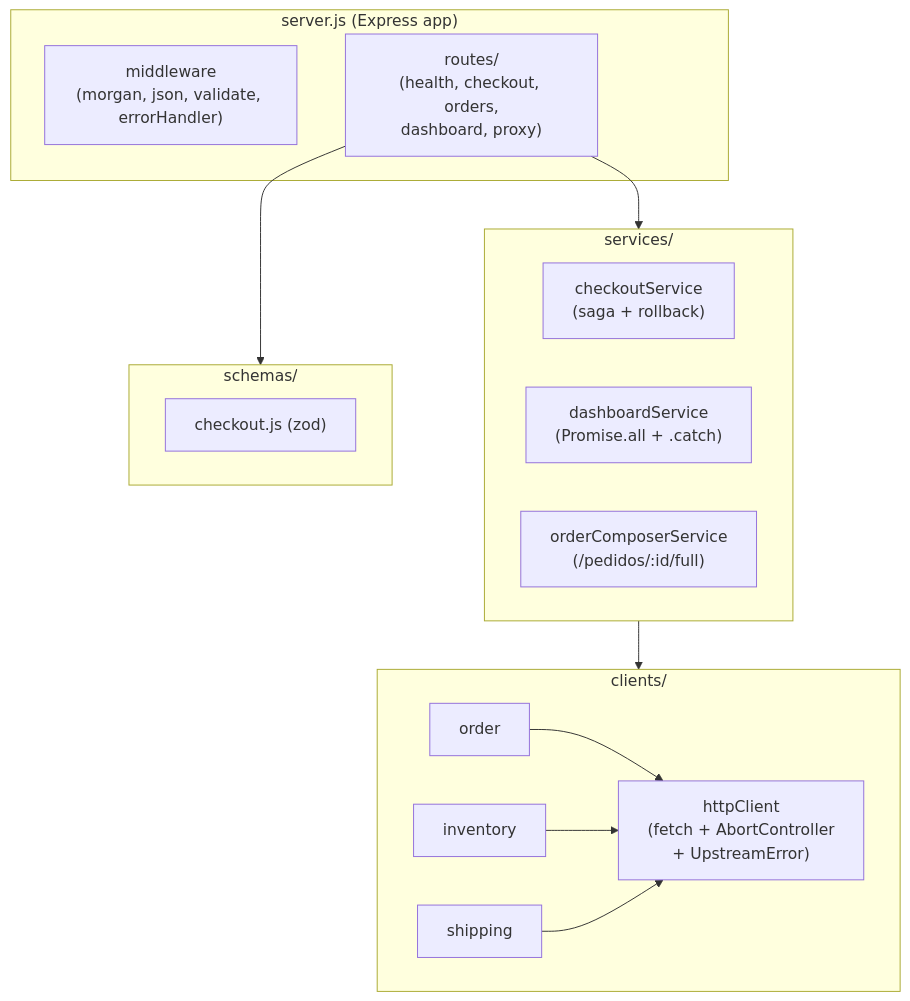
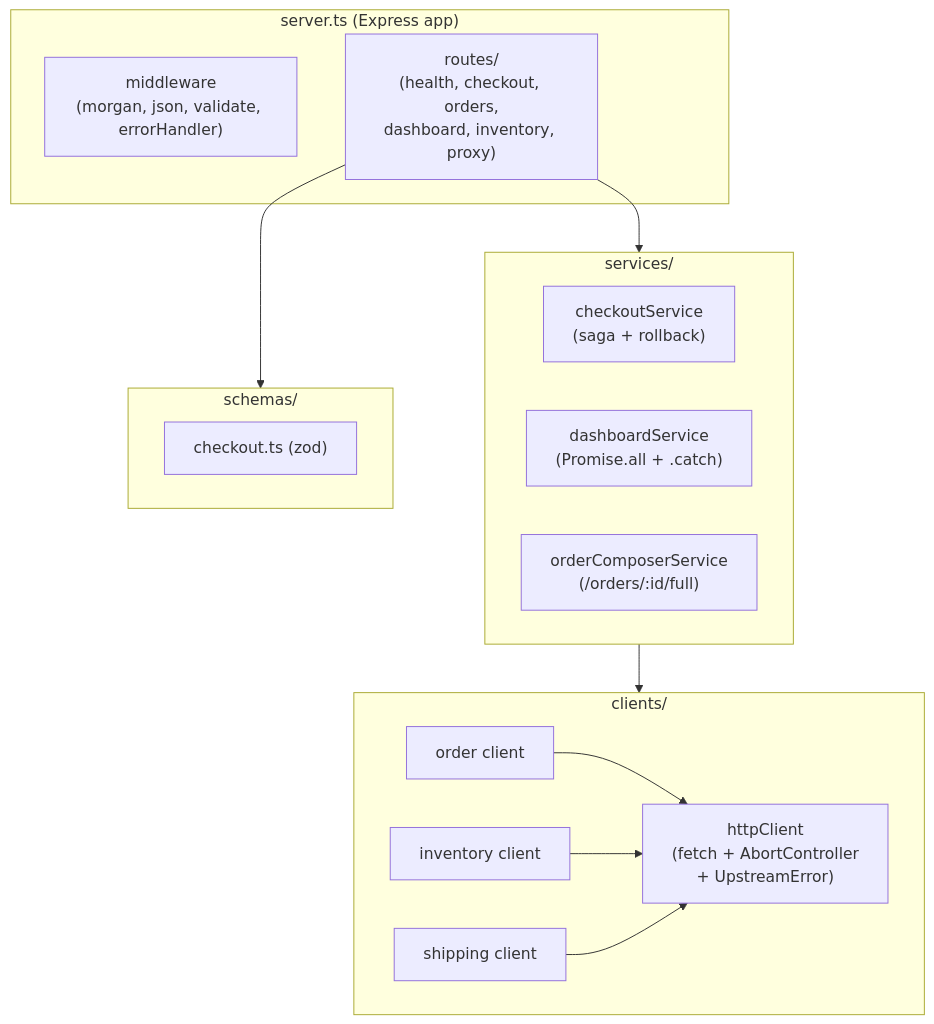
One commit to smartLogixfs/smartlogixs changed the second of 3 diagrams in backend/bff/README.md. Above: the diagram before and after it, drawn with Mermaid. The commit also changed other lines of this file and 8 other files, not shown here.

````diff
--- a/backend/bff/README.md
+++ b/backend/bff/README.md
@@ -67,31 +77,29 @@
 ```mermaid
 flowchart TB
-    subgraph Server["server.js (Express app)"]
+    subgraph Server["server.ts (Express app)"]
         MW["middleware<br/>(morgan, json, validate, errorHandler)"]
-        Routes["routes/<br/>(health, checkout, orders,<br/>dashboard, proxy)"]
+        Routes["routes/<br/>(health, checkout, orders,<br/>dashboard, inventory, proxy)"]
     end
 
     subgraph Services["services/"]
         CK["checkoutService<br/>(saga + rollback)"]
         DS["dashboardService<br/>(Promise.all + .catch)"]
-        OC["orderComposerService<br/>(/pedidos/:id/full)"]
+        OC["orderComposerService<br/>(/orders/:id/full)"]
     end
 
     subgraph Clients["clients/"]
         HC["httpClient<br/>(fetch + AbortController<br/>+ UpstreamError)"]
-        O[order]
-        I[inventory]
-        S[shipping]
+        O[order client]
+        I[inventory client]
+        S[shipping client]
     end
 
     subgraph Schemas["schemas/"]
-        CKS["checkout.js (zod)"]
+        CKS["checkout.ts (zod)"]
     end
 
     Routes --> Services
     Routes --> Schemas
     Services --> Clients
-    O --> HC
-    I --> HC
-    S --> HC
+    O & I & S --> HC
 ```
````
